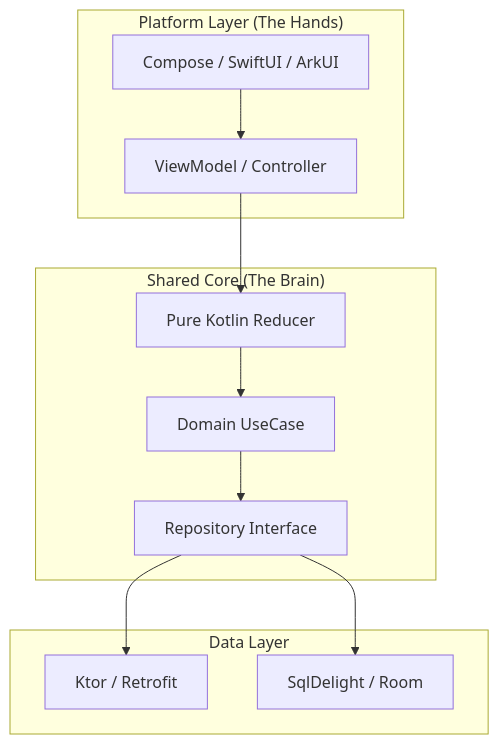
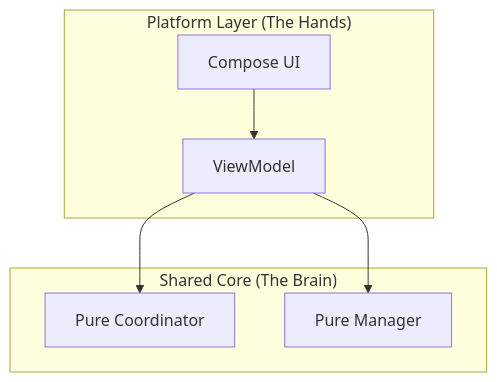
One commit to esir-nus/smart-sales-main changed the diagram in docs/ArchitectureRefactoring.md. Above: the diagram before and after it, drawn with Mermaid. The commit also changed other lines of this file and 4 other files, not shown here.

````diff
--- a/docs/ArchitectureRefactoring.md
+++ b/docs/ArchitectureRefactoring.md
@@ -19,17 +21,11 @@
 ```mermaid
 graph TD
     subgraph "Platform Layer (The Hands)"
-        UI[Compose / SwiftUI / ArkUI] --> VM[ViewModel / Controller]
+        UI[Compose UI] --> VM[ViewModel]
     end
 
     subgraph "Shared Core (The Brain)"
-        VM --> Reducer[Pure Kotlin Reducer]
-        Reducer --> UseCase[Domain UseCase]
-        UseCase --> Repo[Repository Interface]
-    end
-
-    subgraph "Data Layer"
-        Repo --> API[Ktor / Retrofit]
-        Repo --> DB[SqlDelight / Room]
+        VM --> Coordinator[Pure Coordinator]
+        VM --> Manager[Pure Manager]
     end
 ```
````
